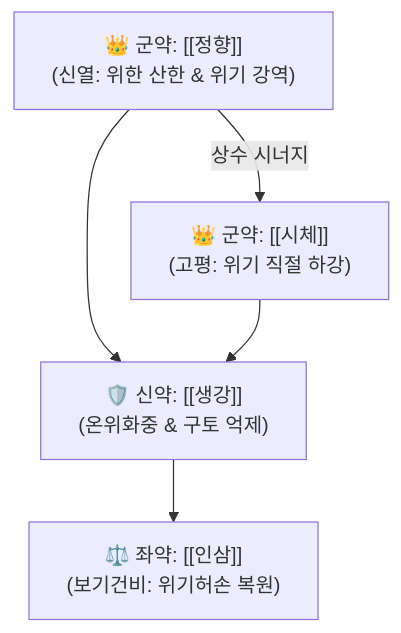
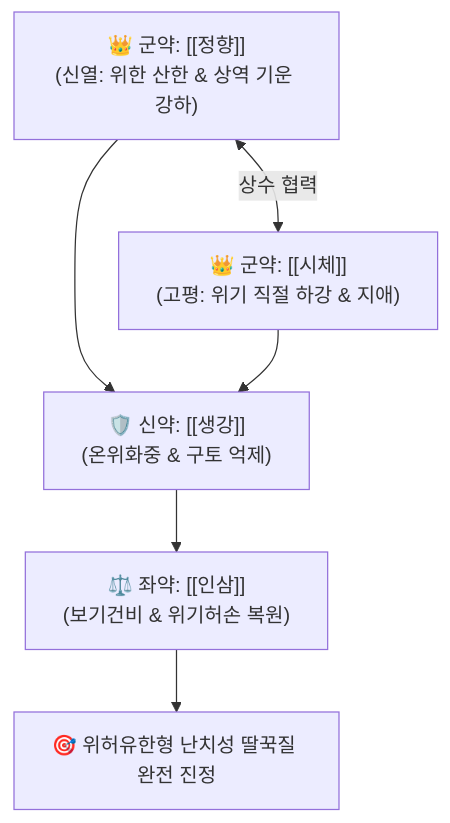
Before and after one commit to simbio11/simbio-digital-garden2: the diagram in content/2. 약리 공부/처방/07_사하·온리·고삽제/정향시체탕.md, drawn with Mermaid. The commit also changed other lines of this file and 799 other files, not shown here.

````diff
--- a/content/2. 약리 공부/처방/07_사하·온리·고삽제/정향시체탕.md
+++ b/content/2. 약리 공부/처방/07_사하·온리·고삽제/정향시체탕.md
@@ -9,7 +42,7 @@
 ```mermaid
 graph TD
-    Gun1["👑 군약: [[정향]]<br>(신열: 위한 산한 & 위기 강역)"] -->|상수 시너지| Gun2["👑 군약: [[시체]]<br>(고평: 위기 직절 하강)"]
-    Gun1 --> Sin["🛡️ 신약: [[생강]]<br>(온위화중 & 구토 억제)"]
-    Gun2 --> Sin
-    Sin --> Jwa["⚖️ 좌약: [[인삼]]<br>(보기건비: 위기허손 복원)"]
+    JH["👑 군약: [[정향]]<br>(신열: 위한 산한 & 상역 기운 강하)"] <-->|상수 협력| SC["👑 군약: [[시체]]<br>(고평: 위기 직절 하강 & 지애)"]
+    JH & SC --> SG["🛡️ 신약: [[생강]]<br>(온위화중 & 구토 억제)"]
+    SG --> IS["⚖️ 좌약: [[인삼]]<br>(보기건비 & 위기허손 복원)"]
+    IS --> TOTAL["🎯 위허유한형 난치성 딸꾹질 완전 진정"]
 ```
````
